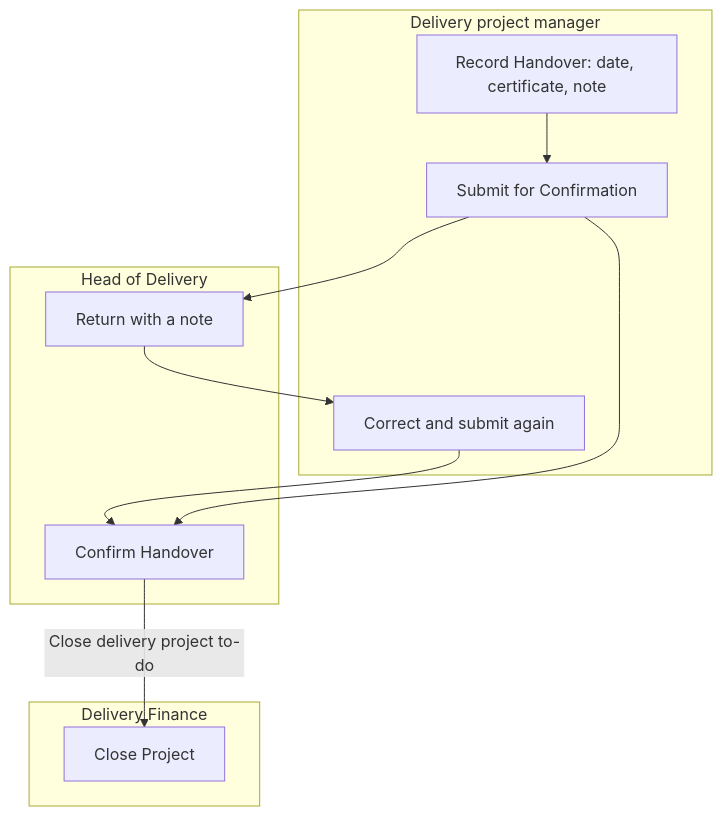
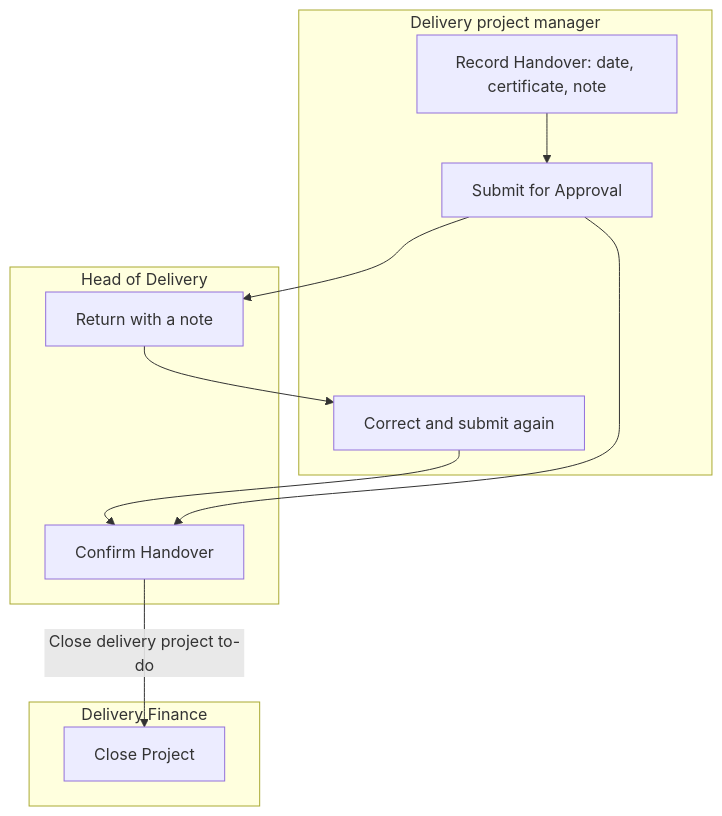
One commit to dennokorir/tritel_erp_training changed the second of 2 diagrams in training-portal/src/content/docs/projects/workflows/handover.mdx. Above: the diagram before and after it, drawn with Mermaid. The commit also changed other lines of this file and 146 other files, not shown here.

````diff
--- a/training-portal/src/content/docs/projects/workflows/handover.mdx
+++ b/training-portal/src/content/docs/projects/workflows/handover.mdx
@@ -66,19 +66,19 @@
 ```mermaid
 flowchart TD
 %% docs-sync: shows tritel_project_delivery:group:group_delivery_finance, tritel_project_delivery:group:group_delivery_head, tritel_project_delivery:group:group_delivery_pm, tritel_project_delivery:menu:menu_delivery_config, tritel_project_delivery:menu:menu_delivery_root, tritel_project_delivery:selection:project.project.handover_state, tritel_project_delivery:view_ext:project.edit_project:button:close-project, tritel_project_delivery:view_ext:project.edit_project:button:record-handover
   subgraph PM["Delivery project manager"]
     P1["Record Handover: date, certificate, note"]
-    P2["Submit for Confirmation"]
+    P2["Submit for Approval"]
     P3["Correct and submit again"]
   end
   subgraph Head["Head of Delivery"]
     H1["Confirm Handover"]
     H2["Return with a note"]
   end
   subgraph Fin["Delivery Finance"]
     F1["Close Project"]
   end
   P1 --> P2 --> H1
   P2 --> H2 --> P3 --> H1
   H1 -->|"Close delivery project to-do"| F1
 ```
````
